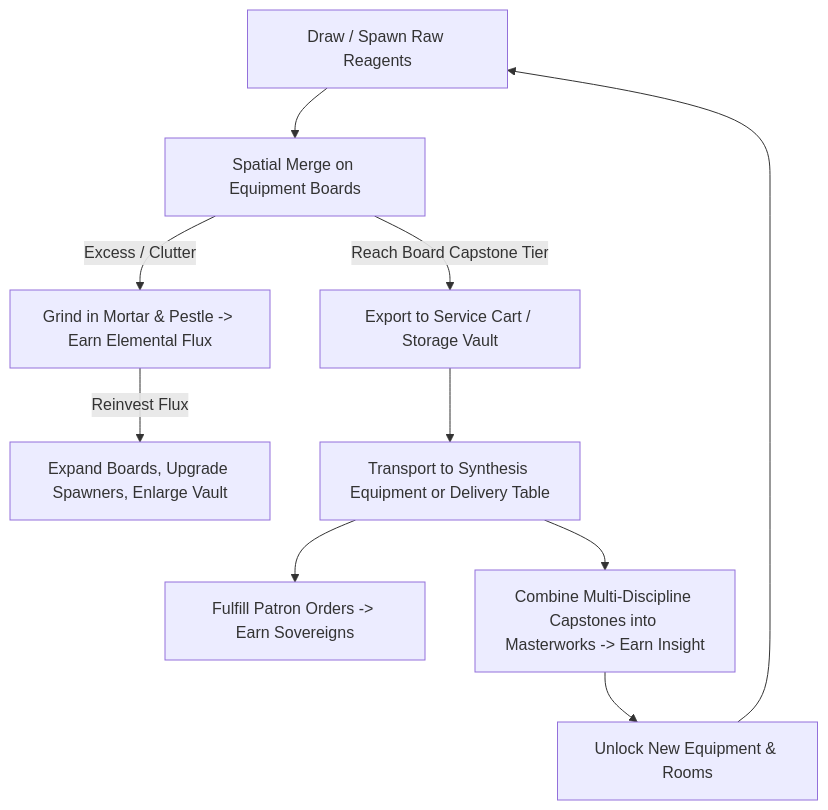
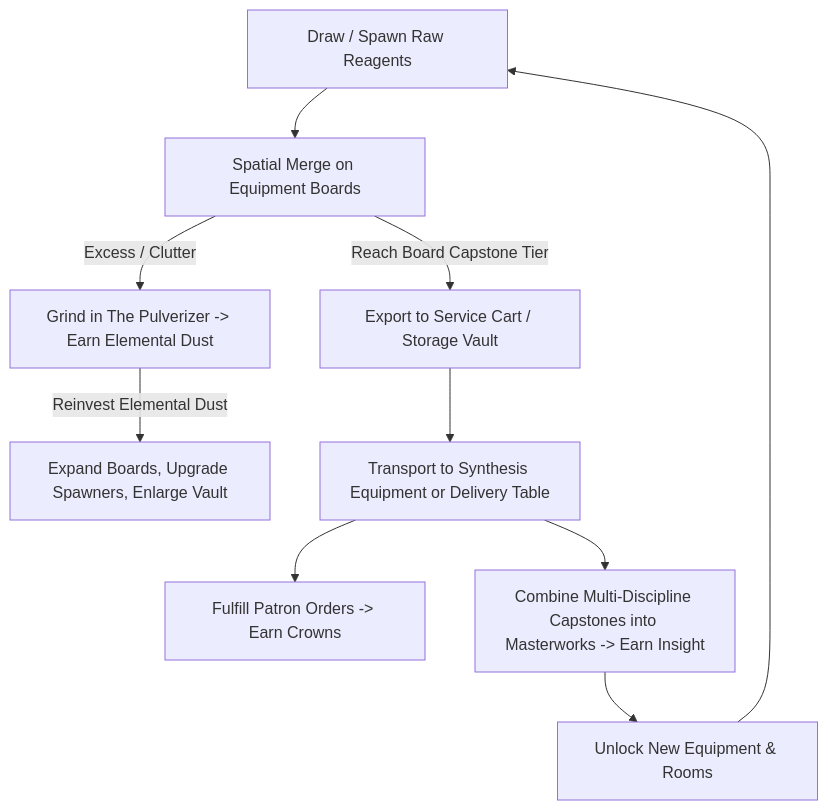
The diagram in docs/00_OVERVIEW_AND_VISION.md (buchmiller-org/transmute-game), drawn with Mermaid before and after one commit. The commit also changed other lines of this file and 6 other files, not shown here.

````diff
--- a/docs/00_OVERVIEW_AND_VISION.md
+++ b/docs/00_OVERVIEW_AND_VISION.md
@@ -28,12 +28,12 @@
 ```mermaid
 graph TD
     A[Draw / Spawn Raw Reagents] --> B[Spatial Merge on Equipment Boards]
-    B -->|Excess / Clutter| C[Grind in Mortar & Pestle -> Earn Elemental Flux]
-    C -->|Reinvest Flux| D[Expand Boards, Upgrade Spawners, Enlarge Vault]
+    B -->|Excess / Clutter| C[Grind in The Pulverizer -> Earn Elemental Dust]
+    C -->|Reinvest Elemental Dust| D[Expand Boards, Upgrade Spawners, Enlarge Vault]
     B -->|Reach Board Capstone Tier| E[Export to Service Cart / Storage Vault]
     E --> F[Transport to Synthesis Equipment or Delivery Table]
-    F --> G[Fulfill Patron Orders -> Earn Sovereigns]
+    F --> G[Fulfill Patron Orders -> Earn Crowns]
     F --> H[Combine Multi-Discipline Capstones into Masterworks -> Earn Insight]
     H --> I[Unlock New Equipment & Rooms]
     I --> A
 ```
````
